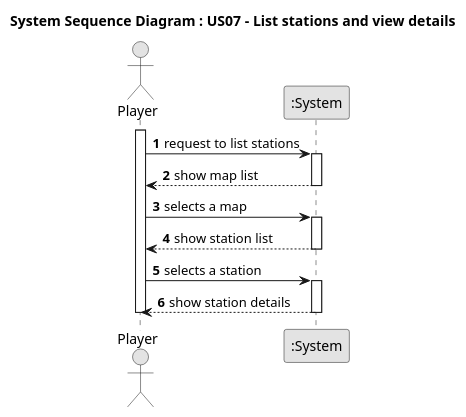
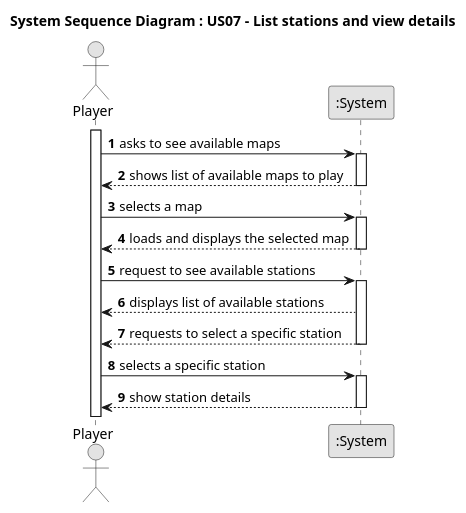
The diagram in docs/system-documentation/Sprint 2/US07/01.requirements-engineering/puml/US007-SSD.puml (HenriqueSilva18/Railway-Network-Simulator), drawn with PlantUML before and after one commit. The commit also changed 22 other files, not shown here.

```diff
--- a/docs/system-documentation/Sprint 2/US07/01.requirements-engineering/puml/US007-SSD.puml
+++ b/docs/system-documentation/Sprint 2/US07/01.requirements-engineering/puml/US007-SSD.puml
@@ -1,34 +1,38 @@
 @startuml
 
 skinparam monochrome true
 skinparam packageStyle rectangle
 skinparam shadowing false
 autonumber
 
 title System Sequence Diagram : US07 - List stations and view details
 
 actor "Player" as Player
 participant ":System" as ListStationUI
 
 activate Player
-Player -> ListStationUI : request to list stations
+Player -> ListStationUI : asks to see available maps
 activate ListStationUI
 
-ListStationUI --> Player : show map list
+ListStationUI --> Player: shows list of available maps to play
 deactivate ListStationUI
 
-Player -> ListStationUI : selects a map
+Player -> ListStationUI: selects a map
+
+activate ListStationUI
+ListStationUI --> Player: loads and displays the selected map
+deactivate ListStationUI
+Player -> ListStationUI : request to see available stations
 activate ListStationUI
 
-ListStationUI --> Player : show station list
+ListStationUI --> Player : displays list of available stations
+ListStationUI --> Player : requests to select a specific station
 deactivate ListStationUI
 
-Player -> ListStationUI : selects a station
+Player -> ListStationUI : selects a specific station
 activate ListStationUI
-
 
 ListStationUI --> Player : show station details
 deactivate ListStationUI
-deactivate Player
 
 @enduml
```
